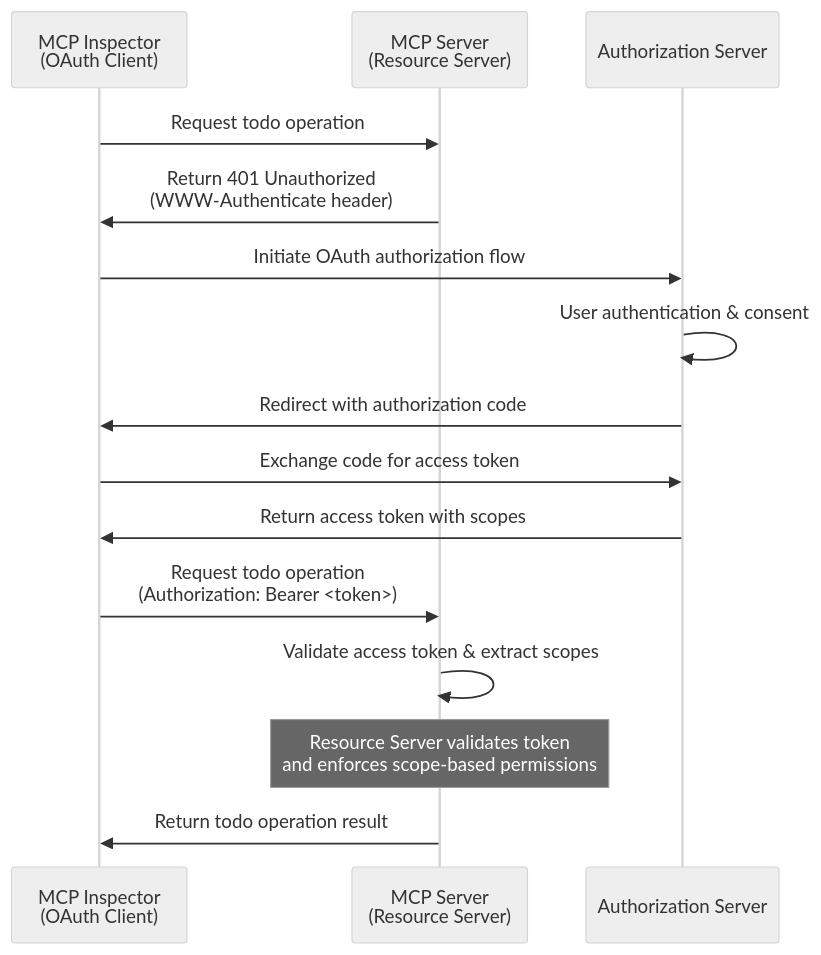
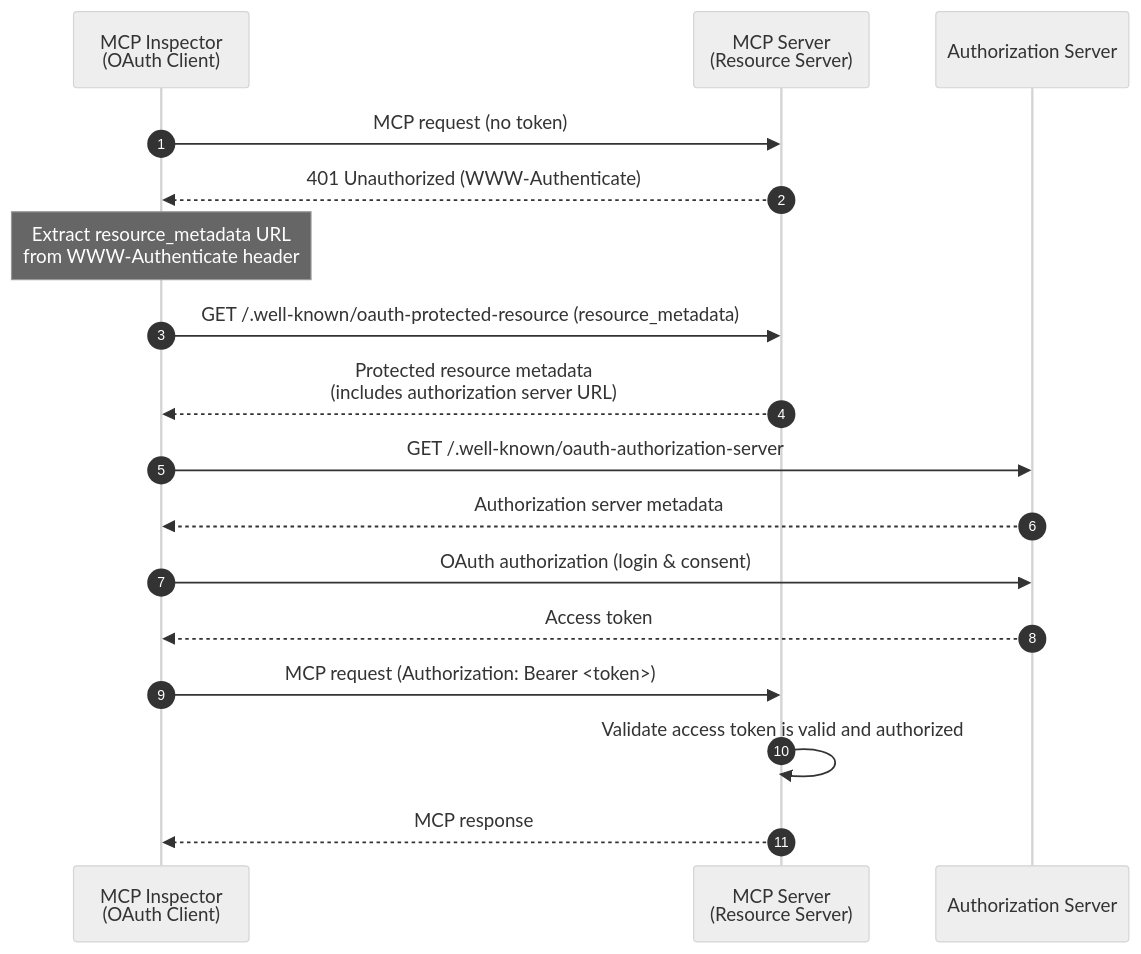
The first of 2 diagrams in docs/tutorials/todo-manager/README.mdx (mcp-auth/docs), drawn with Mermaid (neutral theme) before and after one commit.

Commit message:
docs: update sequence flow

````diff
--- a/docs/tutorials/todo-manager/README.mdx
+++ b/docs/tutorials/todo-manager/README.mdx
@@ -35,18 +35,23 @@
 ```mermaid
 sequenceDiagram
-    participant Client as MCP Inspector<br/>(OAuth Client)
-    participant Server as MCP Server<br/>(Resource Server)
-    participant Auth as Authorization Server
+  autonumber
+  participant Client as MCP Inspector<br/>(OAuth Client)
+  participant RS as MCP Server<br/>(Resource Server)
+  participant AS as Authorization Server
 
-    Client->>Server: Request todo operation
-    Server->>Client: Return 401 Unauthorized<br/>(WWW-Authenticate header)
-    Client->>Auth: Initiate OAuth authorization flow
-    Auth->>Auth: User authentication & consent
-    Auth->>Client: Redirect with authorization code
-    Client->>Auth: Exchange code for access token
-    Auth->>Client: Return access token with scopes
-    Client->>Server: Request todo operation<br/>(Authorization: Bearer <token>)
-    Server->>Server: Validate access token & extract scopes
-    Note over Server: Resource Server validates token<br/>and enforces scope-based permissions
-    Server->>Client: Return todo operation result
+  Client->>RS: MCP request (no token)
+  RS-->>Client: 401 Unauthorized (WWW-Authenticate)
+  Note over Client: Extract resource_metadata URL<br/>from WWW-Authenticate header
+
+  Client->>RS: GET /.well-known/oauth-protected-resource (resource_metadata)
+  RS-->>Client: Protected resource metadata<br/>(includes authorization server URL)
+
+  Client->>AS: GET /.well-known/oauth-authorization-server
+  AS-->>Client: Authorization server metadata
+  Client->>AS: OAuth authorization (login & consent)
+  AS-->>Client: Access token
+
+  Client->>RS: MCP request (Authorization: Bearer <token>)
+  RS->>RS: Validate access token is valid and authorized
+  RS-->>Client: MCP response
 ```
````
